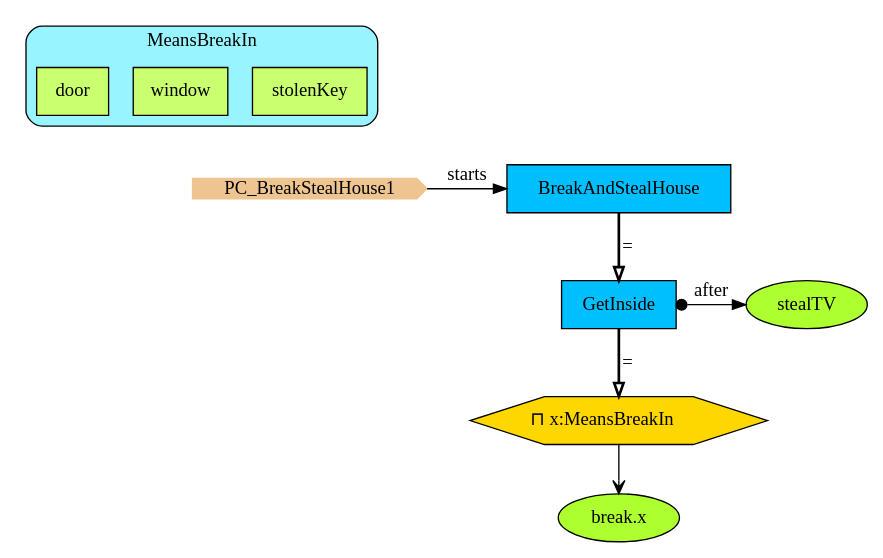
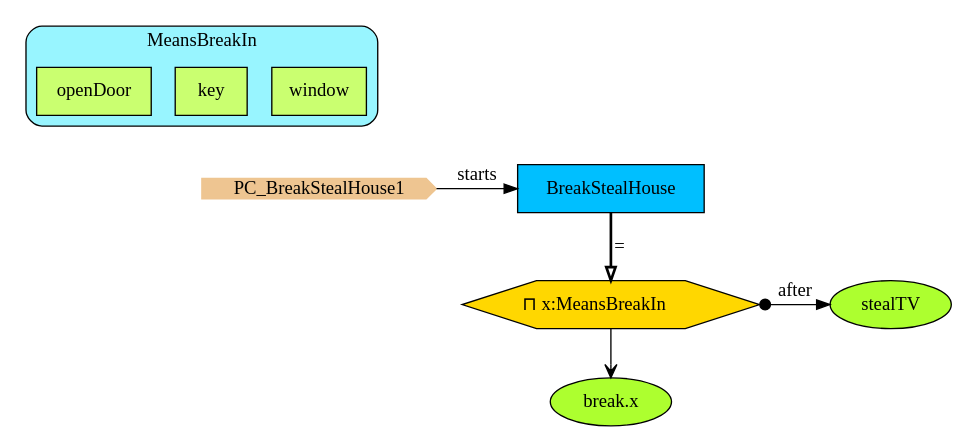
The diagram in Haskell/PCs/Examples/img/PC_BreakStealHouse1.gv (namalio/Fragmenta), drawn with Graphviz before and after one commit. The commit also changed 33 other files, not shown here.

```diff
--- a/Haskell/PCs/Examples/img/PC_BreakStealHouse1.gv
+++ b/Haskell/PCs/Examples/img/PC_BreakStealHouse1.gv
@@ -1,29 +1,27 @@
 digraph {
 subgraph cluster_MeansBreakIn {
 style="filled,rounded";
 label =MeansBreakIn;
 fillcolor = cadetblue1;
-stolenKey[shape=box,fillcolor=darkolivegreen1,style="filled",label="stolenKey"];
 window[shape=box,fillcolor=darkolivegreen1,style="filled",label="window"];
-door[shape=box,fillcolor=darkolivegreen1,style="filled",label="door"];
+key[shape=box,fillcolor=darkolivegreen1,style="filled",label="key"];
+openDoor[shape=box,fillcolor=darkolivegreen1,style="filled",label="openDoor"];
 }
 
 
-stolenKey->StartN_[style=invis]
+window->StartN_[style=invis]
 StartN_ [shape = cds,color=burlywood2,style=filled,height=.2,width=.2, label =PC_BreakStealHouse1];
 
-BreakAndStealHouse [shape=box,fillcolor=deepskyblue,style = filled,label="BreakAndStealHouse"];
-BreakIn [shape=hexagon,fillcolor=gold1,style=filled,label=<⊓ x:MeansBreakIn>];
+BreakStealHouse [shape=box,fillcolor=deepskyblue,style = filled,label="BreakStealHouse"];
 stealTV [shape=ellipse,fillcolor=greenyellow,style=filled,label="stealTV"];
 break [shape=ellipse,fillcolor=greenyellow,style=filled,label="break.x"];
-GetInside [shape=box,fillcolor=deepskyblue,style = filled,label="GetInside"];
+Qabc1e05 [shape=hexagon,fillcolor=gold1,style=filled,label=<⊓ x:MeansBreakIn>];
 
-{rank=same;stealTV,GetInside}
-{rank=same;BreakAndStealHouse,StartN_}
+{rank=same;stealTV,Qabc1e05}
+{rank=same;BreakStealHouse,StartN_}
 
-GetInside->stealTV[arrowtail=dot,dir=both,label="after"];
-BreakIn->break[arrowhead="open"];
-BreakAndStealHouse->GetInside[arrowhead="onormal",penwidth=2,label="="];
-GetInside->BreakIn[arrowhead="onormal",penwidth=2,label="="];
-StartN_->BreakAndStealHouse[label="starts"];
+Qabc1e05->break[arrowhead="open"];
+Qabc1e05->stealTV[arrowtail=dot,dir=both,label="after"];
+BreakStealHouse->Qabc1e05[arrowhead="onormal",penwidth=2,label="="];
+StartN_->BreakStealHouse[label="starts"];
 }
```
